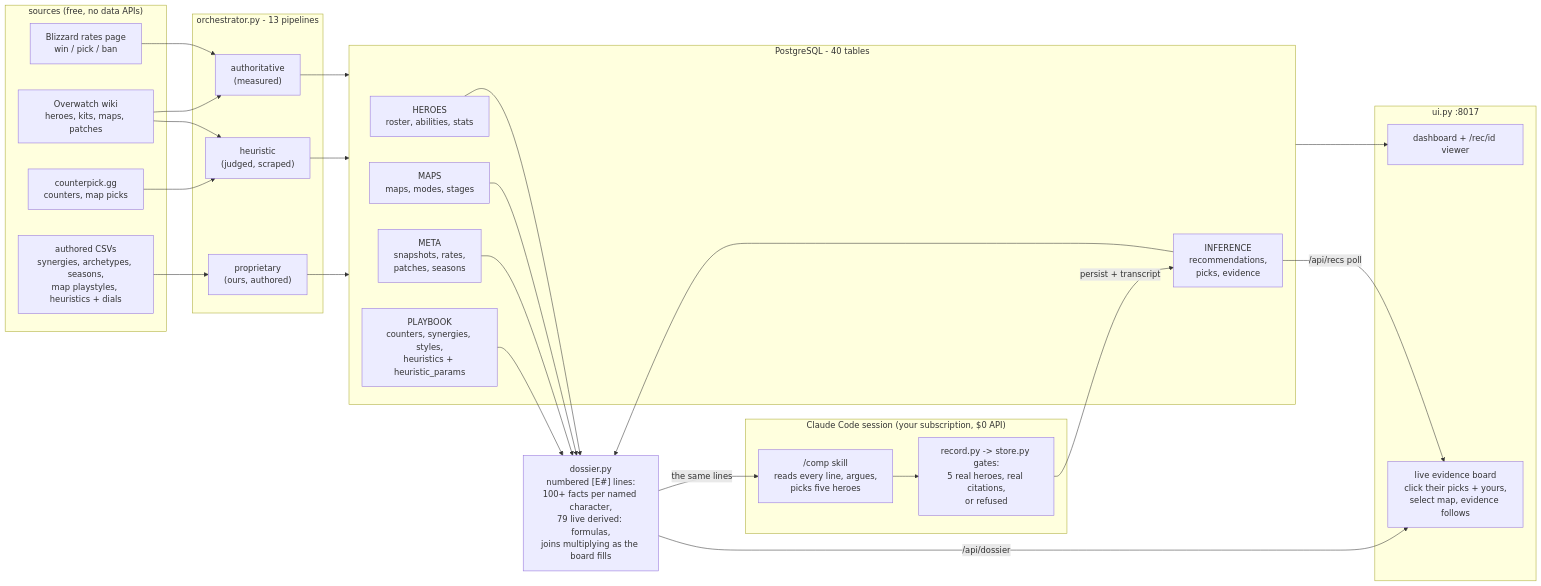
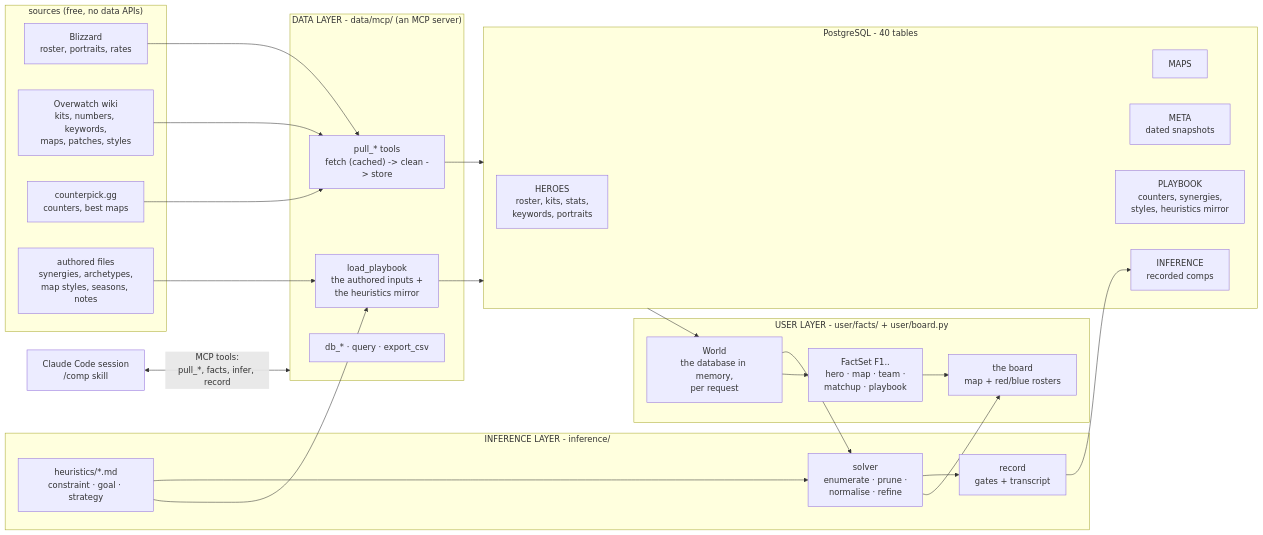
The first of 5 diagrams in docs/architecture.md (mmikol/counter-utility-matrix), drawn with Mermaid before and after one commit. The commit also changed other lines of this file and 140 other files, not shown here.

````diff
--- a/docs/architecture.md
+++ b/docs/architecture.md
@@ -13,51 +7,46 @@
 ```mermaid
 flowchart LR
     subgraph SOURCES["sources (free, no data APIs)"]
-        BLZ["Blizzard rates page<br/>win / pick / ban"]
-        WIKI["Overwatch wiki<br/>heroes, kits, maps, patches"]
-        CPK["counterpick.gg<br/>counters, map picks"]
-        CSV["authored CSVs<br/>synergies, archetypes, seasons,<br/>map playstyles, heuristics + dials"]
+        BLZ["Blizzard<br/>roster, portraits, rates"]
+        WIKI["Overwatch wiki<br/>kits, numbers, keywords,<br/>maps, patches, styles"]
+        CPK["counterpick.gg<br/>counters, best maps"]
+        CSV["authored files<br/>synergies, archetypes,<br/>map styles, seasons, notes"]
     end
 
-    subgraph PIPE["orchestrator.py - 13 pipelines"]
-        AUTH["authoritative<br/>(measured)"]
-        HEUR["heuristic<br/>(judged, scraped)"]
-        PROP["proprietary<br/>(ours, authored)"]
+    subgraph DATA["DATA LAYER - data/mcp/ (an MCP server)"]
+        PULL["pull_* tools<br/>fetch (cached) -> clean -> store"]
+        PLAY["load_playbook<br/>the authored inputs +<br/>the heuristics mirror"]
+        DBT["db_* · query · export_csv"]
     end
 
     subgraph PG["PostgreSQL - 40 tables"]
-        HEROES["HEROES<br/>roster, abilities, stats"]
-        MAPS["MAPS<br/>maps, modes, stages"]
-        META["META<br/>snapshots, rates,<br/>patches, seasons"]
-        PLAY["PLAYBOOK<br/>counters, synergies, styles,<br/>heuristics + heuristic_params"]
-        INF["INFERENCE<br/>recommendations,<br/>picks, evidence"]
+        HEROES["HEROES<br/>roster, kits, stats,<br/>keywords, portraits"]
+        MAPS["MAPS"]
+        META["META<br/>dated snapshots"]
+        PLAYBOOK["PLAYBOOK<br/>counters, synergies,<br/>styles, heuristics mirror"]
+        INF["INFERENCE<br/>recorded comps"]
     end
 
-    DOS["dossier.py<br/>numbered [E#] lines:<br/>100+ facts per named character,<br/>79 live derived: formulas,<br/>joins multiplying as the board fills"]
-
-    subgraph CHAT["Claude Code session (your subscription, $0 API)"]
-        SKILL["/comp skill<br/>reads every line, argues,<br/>picks five heroes"]
-        REC["record.py -> store.py gates:<br/>5 real heroes, real citations,<br/>or refused"]
+    subgraph USER["USER LAYER - user/facts/ + user/board.py"]
+        WORLD["World<br/>the database in memory,<br/>per request"]
+        FACTS["FactSet F1..<br/>hero · map · team ·<br/>matchup · playbook"]
+        BOARD["the board<br/>map + red/blue rosters"]
     end
 
-    subgraph UIBOX["ui.py :8017"]
-        BOARD["live evidence board<br/>click their picks + yours,<br/>select map, evidence follows"]
-        DASH["dashboard + /rec/id viewer"]
+    subgraph INFER["INFERENCE LAYER - inference/"]
+        HEUR["heuristics/*.md<br/>constraint · goal · strategy"]
+        SOLVER["solver<br/>enumerate · prune ·<br/>normalise · refine"]
+        REC["record<br/>gates + transcript"]
     end
 
-    BLZ --> AUTH
-    WIKI --> AUTH
-    WIKI --> HEUR
-    CPK --> HEUR
-    CSV --> PROP
-    AUTH --> PG
-    HEUR --> PG
-    PROP --> PG
-    HEROES & MAPS & META & PLAY & INF --> DOS
-    DOS -->|"the same lines"| SKILL
-    DOS -->|"/api/dossier"| BOARD
-    SKILL --> REC
-    REC -->|"persist + transcript"| INF
-    INF -->|"/api/recs poll"| BOARD
-    PG --> DASH
+    BLZ & WIKI & CPK --> PULL
+    CSV --> PLAY
+    HEUR --> PLAY
+    PULL & PLAY --> PG
+    PG --> WORLD --> FACTS --> BOARD
+    WORLD --> SOLVER
+    HEUR --> SOLVER
+    SOLVER --> BOARD
+    SOLVER --> REC --> INF
+    CHAT["Claude Code session<br/>/comp skill"] <-->|"MCP tools:<br/>pull_*, facts, infer, record"| DATA
 ```
````
